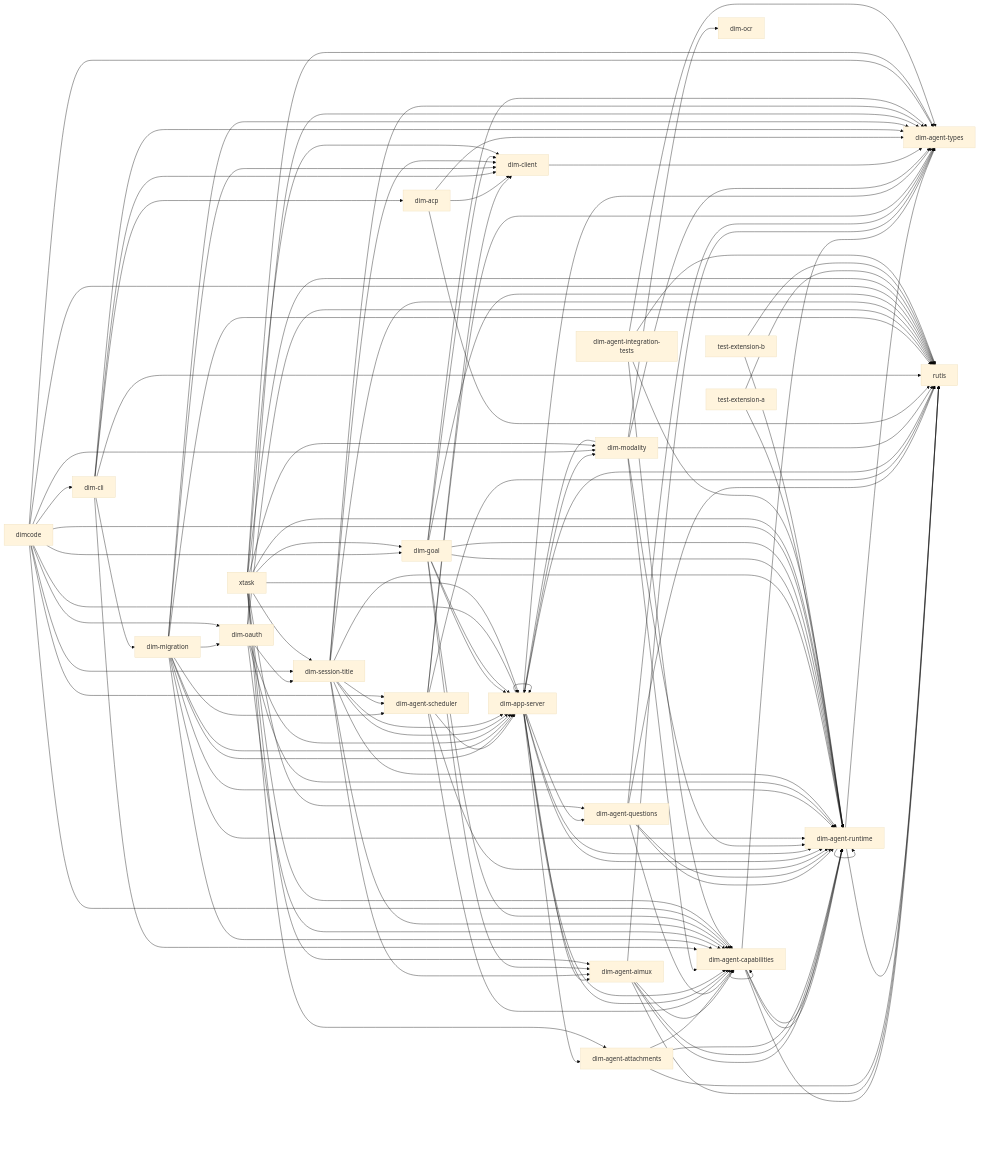
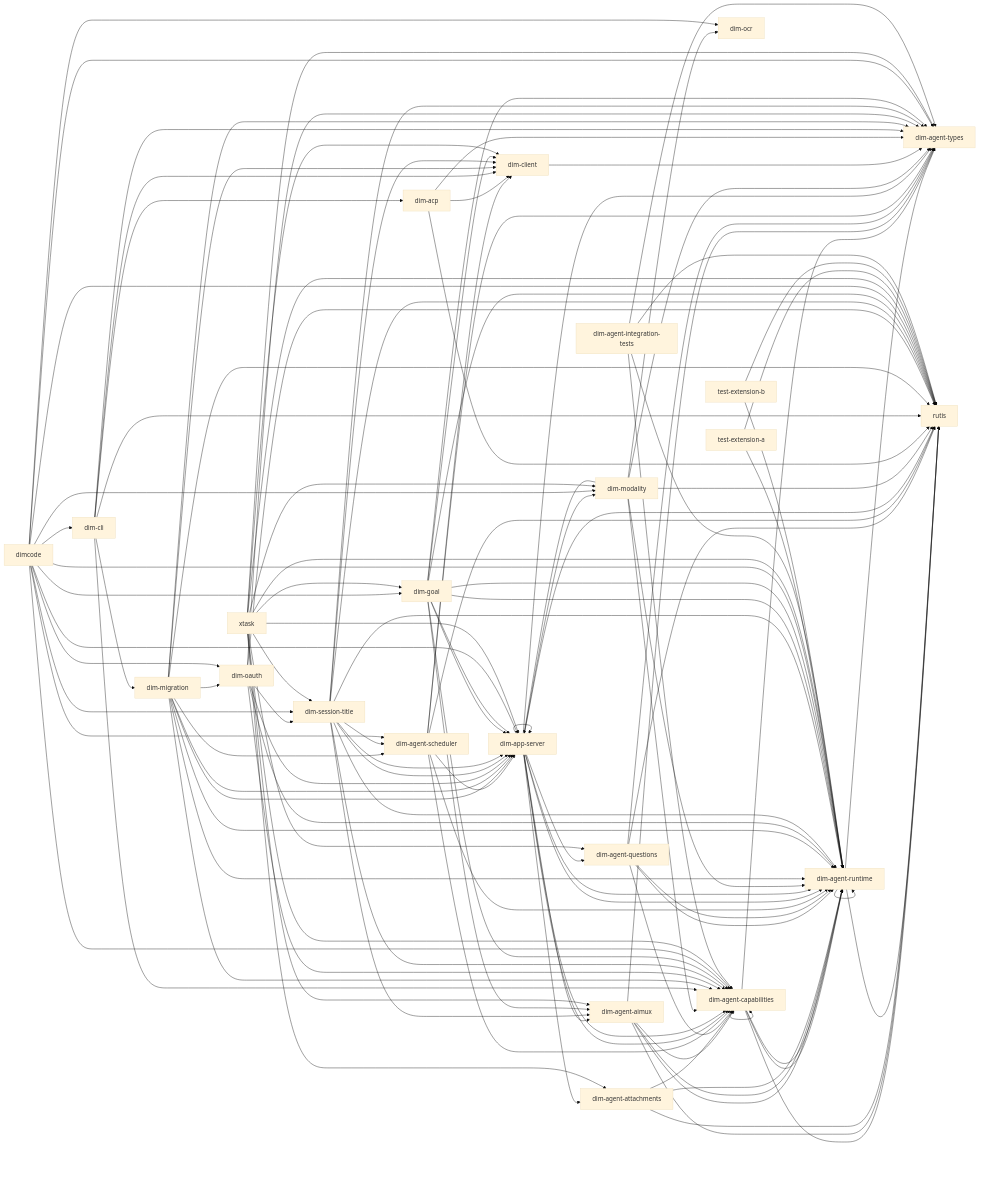
The diagram in docs/architecture/rust-agent/generated/crates.mmd (CoutinhoTTS/dim-agent), drawn with Mermaid (base theme) before and after one commit. The commit also changed 5 other files, not shown here.

First line of the commit message:
feat(dimcode): start the OCR helper from the product build

```diff
--- a/docs/architecture/rust-agent/generated/crates.mmd
+++ b/docs/architecture/rust-agent/generated/crates.mmd
@@ -1,122 +1,123 @@
 %% Generated from cargo metadata; do not edit.
 flowchart LR
   dim_agent_runtime["dim-agent-runtime"] --> dim_agent_types["dim-agent-types"]
   dim_agent_runtime["dim-agent-runtime"] --> rutis["rutis"]
   dim_agent_runtime["dim-agent-runtime"] --> dim_agent_runtime["dim-agent-runtime"]
   dim_agent_capabilities["dim-agent-capabilities"] --> dim_agent_runtime["dim-agent-runtime"]
   dim_agent_capabilities["dim-agent-capabilities"] --> dim_agent_types["dim-agent-types"]
   dim_agent_capabilities["dim-agent-capabilities"] --> rutis["rutis"]
   dim_agent_capabilities["dim-agent-capabilities"] --> dim_agent_capabilities["dim-agent-capabilities"]
   dim_agent_capabilities["dim-agent-capabilities"] --> dim_agent_runtime["dim-agent-runtime"]
   dim_agent_aimux["dim-agent-aimux"] --> dim_agent_capabilities["dim-agent-capabilities"]
   dim_agent_aimux["dim-agent-aimux"] --> dim_agent_runtime["dim-agent-runtime"]
   dim_agent_aimux["dim-agent-aimux"] --> dim_agent_types["dim-agent-types"]
   dim_agent_aimux["dim-agent-aimux"] --> rutis["rutis"]
   dim_agent_aimux["dim-agent-aimux"] --> dim_agent_runtime["dim-agent-runtime"]
   dim_agent_attachments["dim-agent-attachments"] --> dim_agent_capabilities["dim-agent-capabilities"]
   dim_agent_attachments["dim-agent-attachments"] --> dim_agent_runtime["dim-agent-runtime"]
   dim_agent_attachments["dim-agent-attachments"] --> rutis["rutis"]
   dim_agent_questions["dim-agent-questions"] --> dim_agent_capabilities["dim-agent-capabilities"]
   dim_agent_questions["dim-agent-questions"] --> dim_agent_runtime["dim-agent-runtime"]
   dim_agent_questions["dim-agent-questions"] --> dim_agent_types["dim-agent-types"]
   dim_agent_questions["dim-agent-questions"] --> rutis["rutis"]
   dim_agent_questions["dim-agent-questions"] --> dim_agent_runtime["dim-agent-runtime"]
   dim_agent_scheduler["dim-agent-scheduler"] --> dim_agent_capabilities["dim-agent-capabilities"]
   dim_agent_scheduler["dim-agent-scheduler"] --> dim_agent_runtime["dim-agent-runtime"]
   dim_agent_scheduler["dim-agent-scheduler"] --> dim_agent_types["dim-agent-types"]
   dim_agent_scheduler["dim-agent-scheduler"] --> dim_app_server["dim-app-server"]
   dim_agent_scheduler["dim-agent-scheduler"] --> rutis["rutis"]
   dim_agent_scheduler["dim-agent-scheduler"] --> dim_client["dim-client"]
   dim_app_server["dim-app-server"] --> dim_agent_aimux["dim-agent-aimux"]
   dim_app_server["dim-app-server"] --> dim_agent_attachments["dim-agent-attachments"]
   dim_app_server["dim-app-server"] --> dim_agent_capabilities["dim-agent-capabilities"]
   dim_app_server["dim-app-server"] --> dim_agent_questions["dim-agent-questions"]
   dim_app_server["dim-app-server"] --> dim_agent_runtime["dim-agent-runtime"]
   dim_app_server["dim-app-server"] --> dim_agent_types["dim-agent-types"]
   dim_app_server["dim-app-server"] --> rutis["rutis"]
   dim_app_server["dim-app-server"] --> dim_agent_capabilities["dim-agent-capabilities"]
   dim_app_server["dim-app-server"] --> dim_agent_runtime["dim-agent-runtime"]
   dim_app_server["dim-app-server"] --> dim_app_server["dim-app-server"]
   dim_app_server["dim-app-server"] --> dim_modality["dim-modality"]
   dim_modality["dim-modality"] --> dim_agent_capabilities["dim-agent-capabilities"]
   dim_modality["dim-modality"] --> dim_agent_runtime["dim-agent-runtime"]
   dim_modality["dim-modality"] --> dim_agent_types["dim-agent-types"]
   dim_modality["dim-modality"] --> dim_app_server["dim-app-server"]
   dim_modality["dim-modality"] --> dim_ocr["dim-ocr"]
   dim_modality["dim-modality"] --> rutis["rutis"]
   dim_client["dim-client"] --> dim_agent_types["dim-agent-types"]
   dim_acp["dim-acp"] --> dim_agent_types["dim-agent-types"]
   dim_acp["dim-acp"] --> dim_client["dim-client"]
   dim_acp["dim-acp"] --> rutis["rutis"]
   dim_cli["dim-cli"] --> dim_acp["dim-acp"]
   dim_cli["dim-cli"] --> dim_agent_capabilities["dim-agent-capabilities"]
   dim_cli["dim-cli"] --> dim_agent_types["dim-agent-types"]
   dim_cli["dim-cli"] --> dim_client["dim-client"]
   dim_cli["dim-cli"] --> dim_migration["dim-migration"]
   dim_cli["dim-cli"] --> rutis["rutis"]
   dim_migration["dim-migration"] --> dim_agent_capabilities["dim-agent-capabilities"]
   dim_migration["dim-migration"] --> dim_agent_runtime["dim-agent-runtime"]
   dim_migration["dim-migration"] --> dim_agent_types["dim-agent-types"]
   dim_migration["dim-migration"] --> dim_app_server["dim-app-server"]
   dim_migration["dim-migration"] --> rutis["rutis"]
   dim_migration["dim-migration"] --> dim_agent_runtime["dim-agent-runtime"]
   dim_migration["dim-migration"] --> dim_agent_scheduler["dim-agent-scheduler"]
   dim_migration["dim-migration"] --> dim_app_server["dim-app-server"]
   dim_migration["dim-migration"] --> dim_client["dim-client"]
   dim_migration["dim-migration"] --> dim_oauth["dim-oauth"]
   dim_oauth["dim-oauth"] --> dim_agent_capabilities["dim-agent-capabilities"]
   dim_oauth["dim-oauth"] --> dim_agent_runtime["dim-agent-runtime"]
   dim_oauth["dim-oauth"] --> dim_app_server["dim-app-server"]
   dim_oauth["dim-oauth"] --> dim_session_title["dim-session-title"]
   dim_oauth["dim-oauth"] --> rutis["rutis"]
   dim_oauth["dim-oauth"] --> dim_agent_types["dim-agent-types"]
   dim_session_title["dim-session-title"] --> dim_agent_capabilities["dim-agent-capabilities"]
   dim_session_title["dim-session-title"] --> dim_agent_runtime["dim-agent-runtime"]
   dim_session_title["dim-session-title"] --> dim_agent_types["dim-agent-types"]
   dim_session_title["dim-session-title"] --> dim_app_server["dim-app-server"]
   dim_session_title["dim-session-title"] --> rutis["rutis"]
   dim_session_title["dim-session-title"] --> dim_agent_aimux["dim-agent-aimux"]
   dim_session_title["dim-session-title"] --> dim_agent_runtime["dim-agent-runtime"]
   dim_session_title["dim-session-title"] --> dim_agent_scheduler["dim-agent-scheduler"]
   dim_session_title["dim-session-title"] --> dim_app_server["dim-app-server"]
   dim_session_title["dim-session-title"] --> dim_client["dim-client"]
   dim_goal["dim-goal"] --> dim_agent_capabilities["dim-agent-capabilities"]
   dim_goal["dim-goal"] --> dim_agent_runtime["dim-agent-runtime"]
   dim_goal["dim-goal"] --> dim_agent_types["dim-agent-types"]
   dim_goal["dim-goal"] --> dim_app_server["dim-app-server"]
   dim_goal["dim-goal"] --> rutis["rutis"]
   dim_goal["dim-goal"] --> dim_agent_aimux["dim-agent-aimux"]
   dim_goal["dim-goal"] --> dim_agent_runtime["dim-agent-runtime"]
   dim_goal["dim-goal"] --> dim_app_server["dim-app-server"]
   dim_goal["dim-goal"] --> dim_client["dim-client"]
   dimcode["dimcode"] --> dim_agent_runtime["dim-agent-runtime"]
   dimcode["dimcode"] --> dim_agent_scheduler["dim-agent-scheduler"]
   dimcode["dimcode"] --> dim_app_server["dim-app-server"]
   dimcode["dimcode"] --> dim_cli["dim-cli"]
   dimcode["dimcode"] --> dim_goal["dim-goal"]
   dimcode["dimcode"] --> dim_modality["dim-modality"]
   dimcode["dimcode"] --> dim_oauth["dim-oauth"]
+  dimcode["dimcode"] --> dim_ocr["dim-ocr"]
   dimcode["dimcode"] --> dim_session_title["dim-session-title"]
   dimcode["dimcode"] --> dim_agent_capabilities["dim-agent-capabilities"]
   dimcode["dimcode"] --> dim_agent_types["dim-agent-types"]
   dimcode["dimcode"] --> rutis["rutis"]
   xtask["xtask"] --> dim_agent_aimux["dim-agent-aimux"]
   xtask["xtask"] --> dim_agent_attachments["dim-agent-attachments"]
   xtask["xtask"] --> dim_agent_capabilities["dim-agent-capabilities"]
   xtask["xtask"] --> dim_agent_questions["dim-agent-questions"]
   xtask["xtask"] --> dim_agent_runtime["dim-agent-runtime"]
   xtask["xtask"] --> dim_agent_types["dim-agent-types"]
   xtask["xtask"] --> dim_app_server["dim-app-server"]
   xtask["xtask"] --> dim_client["dim-client"]
   xtask["xtask"] --> dim_goal["dim-goal"]
   xtask["xtask"] --> dim_modality["dim-modality"]
   xtask["xtask"] --> dim_session_title["dim-session-title"]
   xtask["xtask"] --> rutis["rutis"]
   test_extension_a["test-extension-a"] --> dim_agent_runtime["dim-agent-runtime"]
   test_extension_a["test-extension-a"] --> rutis["rutis"]
   test_extension_b["test-extension-b"] --> dim_agent_runtime["dim-agent-runtime"]
   test_extension_b["test-extension-b"] --> rutis["rutis"]
   dim_agent_integration_tests["dim-agent-integration-tests"] --> dim_agent_capabilities["dim-agent-capabilities"]
   dim_agent_integration_tests["dim-agent-integration-tests"] --> dim_agent_runtime["dim-agent-runtime"]
   dim_agent_integration_tests["dim-agent-integration-tests"] --> dim_agent_types["dim-agent-types"]
   dim_agent_integration_tests["dim-agent-integration-tests"] --> rutis["rutis"]
```
